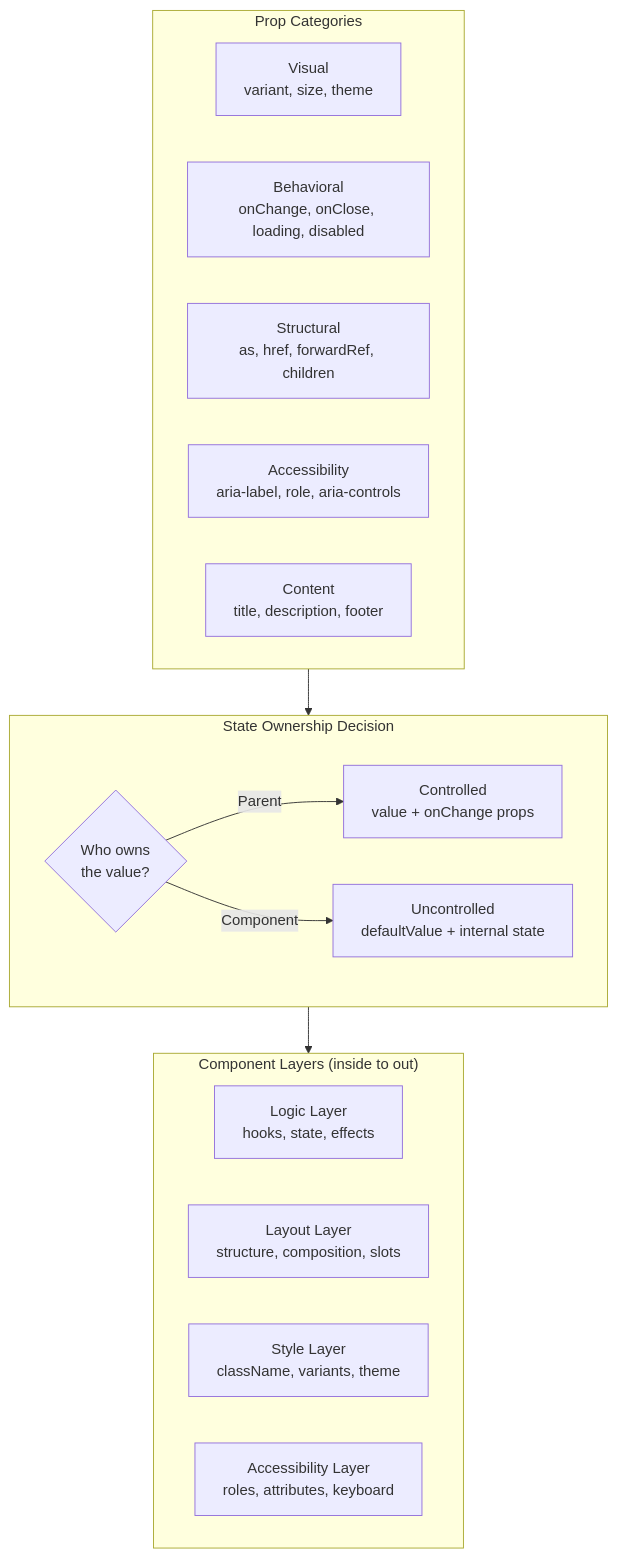
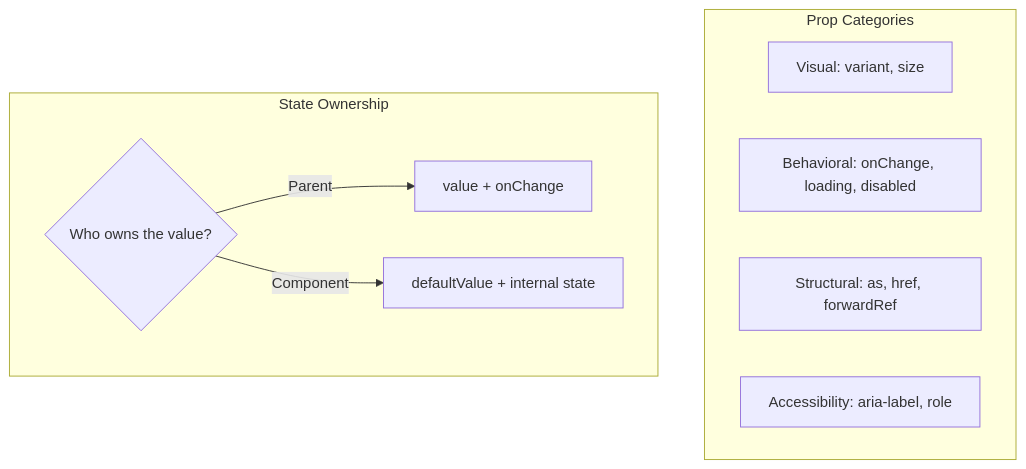
Before and after one commit to ashishxcode/frontend-internals: the diagram in packages/content/content/30-component-api-design.mdx, drawn with Mermaid. The commit also changed other lines of this file and 34 other files, not shown here.

````diff
--- a/packages/content/content/30-component-api-design.mdx
+++ b/packages/content/content/30-component-api-design.mdx
@@ -28,26 +20,14 @@
 ```mermaid
 flowchart TB
   subgraph Props["Prop Categories"]
-    Visual["Visual<br/>variant, size, theme"]
-    Behavioral["Behavioral<br/>onChange, onClose, loading, disabled"]
-    Structural["Structural<br/>as, href, forwardRef, children"]
-    A11y["Accessibility<br/>aria-label, role, aria-controls"]
-    Content["Content<br/>title, description, footer"]
+    Visual["Visual: variant, size"]
+    Behavioral["Behavioral: onChange, loading, disabled"]
+    Structural["Structural: as, href, forwardRef"]
+    A11y["Accessibility: aria-label, role"]
   end
-
-  subgraph Ownership["State Ownership Decision"]
-    Q{"Who owns<br/>the value?"}
-    Q -->|"Parent"| Controlled["Controlled<br/>value + onChange props"]
-    Q -->|"Component"| Uncontrolled["Uncontrolled<br/>defaultValue + internal state"]
+  subgraph Ownership["State Ownership"]
+    Q{"Who owns the value?"}
+    Q -->|"Parent"| Controlled["value + onChange"]
+    Q -->|"Component"| Uncontrolled["defaultValue + internal state"]
   end
-
-  subgraph Layers["Component Layers (inside to out)"]
-    Logic["Logic Layer<br/>hooks, state, effects"]
-    Layout["Layout Layer<br/>structure, composition, slots"]
-    Style["Style Layer<br/>className, variants, theme"]
-    A11yLayer["Accessibility Layer<br/>roles, attributes, keyboard"]
-  end
-
-  Props --> Ownership
-  Ownership --> Layers
 ```
````
